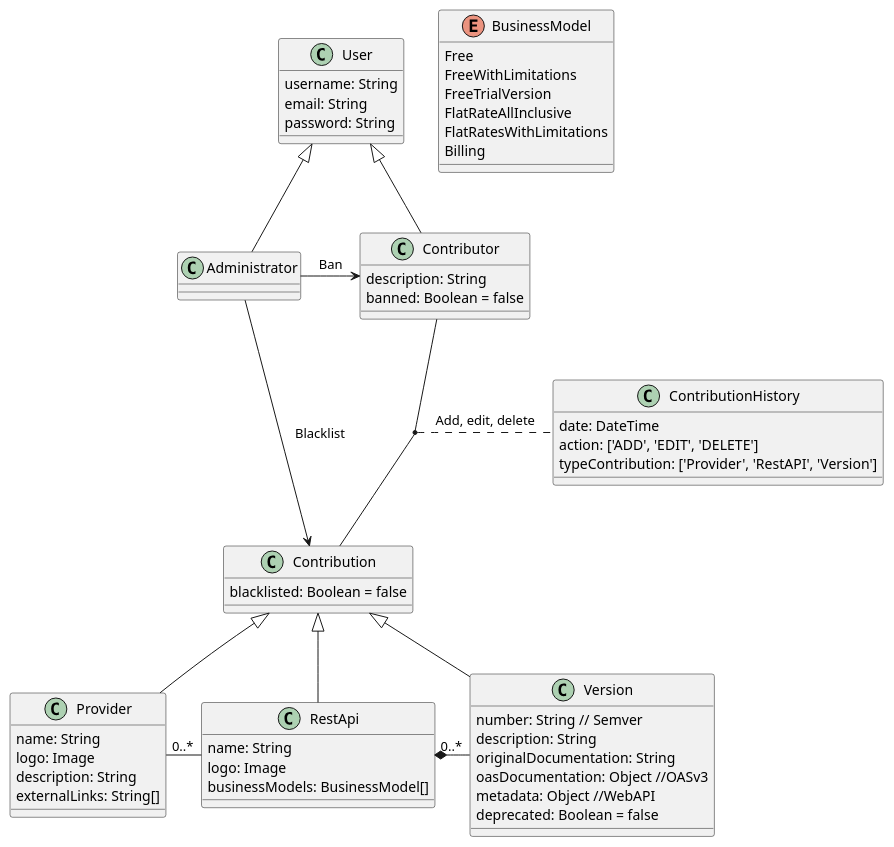
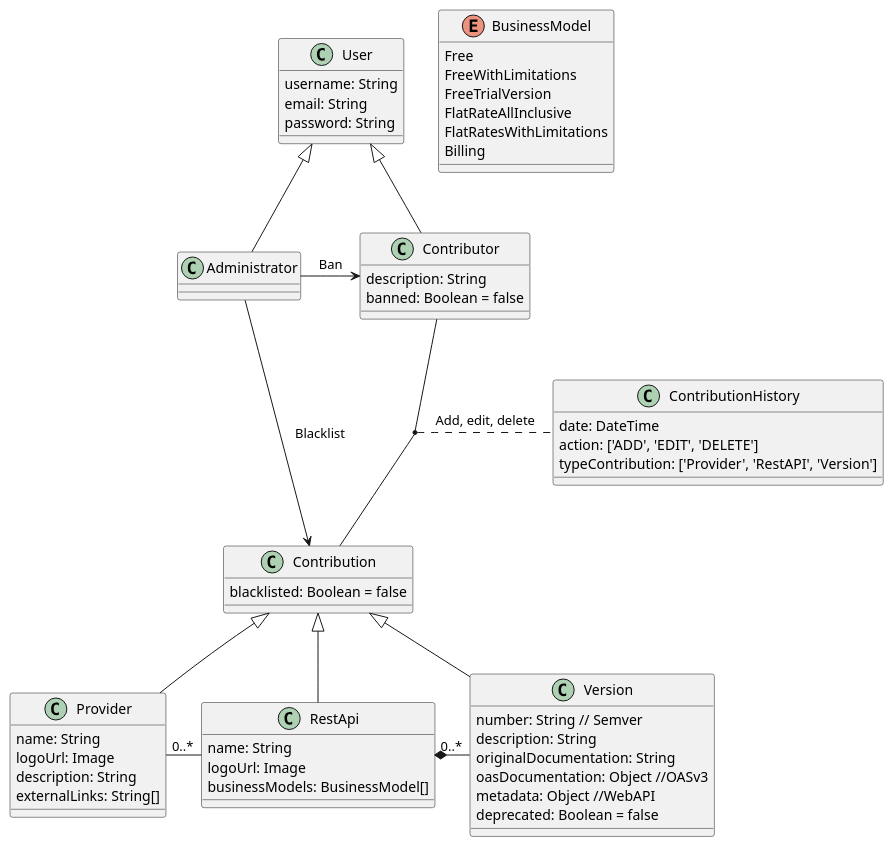
The diagram in doc/dc.plantuml (tonen100/TFM_API_RepositorioServiciosWebEnriquecidos), drawn with PlantUML before and after one commit. The commit also changed 13 other files, not shown here.

```diff
--- a/doc/dc.plantuml
+++ b/doc/dc.plantuml
@@ -1,69 +1,69 @@
 @startuml "DC APIs Repositorio"
 enum BusinessModel {
     Free
     FreeWithLimitations
     FreeTrialVersion
     FlatRateAllInclusive
     FlatRatesWithLimitations
     Billing
 }
 
 class Provider {
     name: String
-    logo: Image
+    logoUrl: Image
     description: String
     externalLinks: String[]
 }
 
 class RestApi {
    name: String
-   logo: Image
+   logoUrl: Image
    businessModels: BusinessModel[]
 }
 
 class Version {
     number: String // Semver
     description: String
     originalDocumentation: String
     oasDocumentation: Object //OASv3
     metadata: Object //WebAPI
     deprecated: Boolean = false
 }
 
 class User {
     username: String
     email: String
     password: String
 }
 
 class Contributor {
     description: String
     banned: Boolean = false
 }
 
 class Administrator {
 
 }
 
 class Contribution {
     blacklisted: Boolean = false
 }
 
 class ContributionHistory {
     date: DateTime
     action: ['ADD', 'EDIT', 'DELETE']
     typeContribution: ['Provider', 'RestAPI', 'Version']
 }
 
 RestApi *-right- "0..*" Version
 Provider -right- "0..*" RestApi
 User <|-- Administrator
 User <|-- Contributor
 Administrator --> Contribution: Blacklist
 Administrator -right-> Contributor: Ban
 (Contributor,Contribution) .. ContributionHistory: Add, edit, delete
 Contribution <|-- Provider
 Contribution <|-- RestApi
 Contribution <|-- Version
 
 @enduml
```
